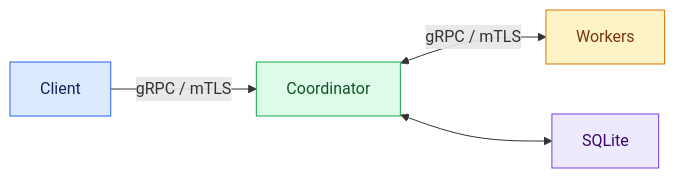
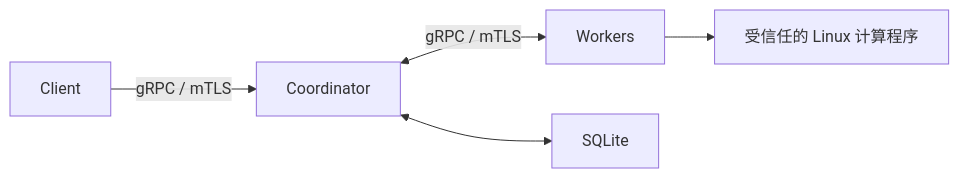
Before and after one commit to guangong789/DistributedComputeRuntime: the diagram in README.md, drawn with Mermaid. The commit also changed other lines of this file and 99 other files, not shown here.

````diff
--- a/README.md
+++ b/README.md
@@ -13,14 +9,7 @@
-```mermaid
+~~~mermaid
 flowchart LR
     client["Client"] -->|"gRPC / mTLS"| coordinator["Coordinator"]
     coordinator <-->|"gRPC / mTLS"| workers["Workers"]
     coordinator <--> sqlite["SQLite"]
-    classDef clientRole fill:#dbeafe,stroke:#2563eb,color:#172554
-    classDef coordinatorRole fill:#dcfce7,stroke:#16a34a,color:#14532d
-    classDef workerRole fill:#fef3c7,stroke:#d97706,color:#78350f
-    classDef storageRole fill:#ede9fe,stroke:#7c3aed,color:#3b0764
-    class client clientRole
-    class coordinator coordinatorRole
-    class workers workerRole
-    class sqlite storageRole
-```
+    workers --> compute["受信任的 Linux 计算程序"]
+~~~
````
